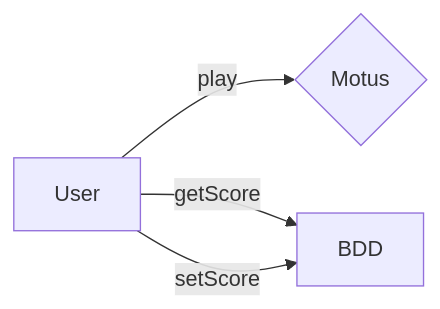
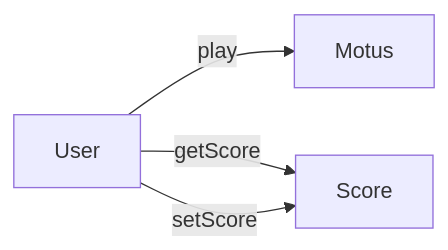
The diagram in README.md (lostsh/Microservices), drawn with Mermaid before and after one commit.

````diff
--- a/README.md
+++ b/README.md
@@ -38,6 +38,6 @@
 ```mermaid
 flowchart LR
-    A[User] --> |play| B{Motus}
-    A --> |getScore| C[BDD]
-    A --> |setScore| C[BDD]
+    A[User] --> |play| B[Motus]
+    A --> |getScore| C[Score]
+    A --> |setScore| C[Score]
 ```
````
